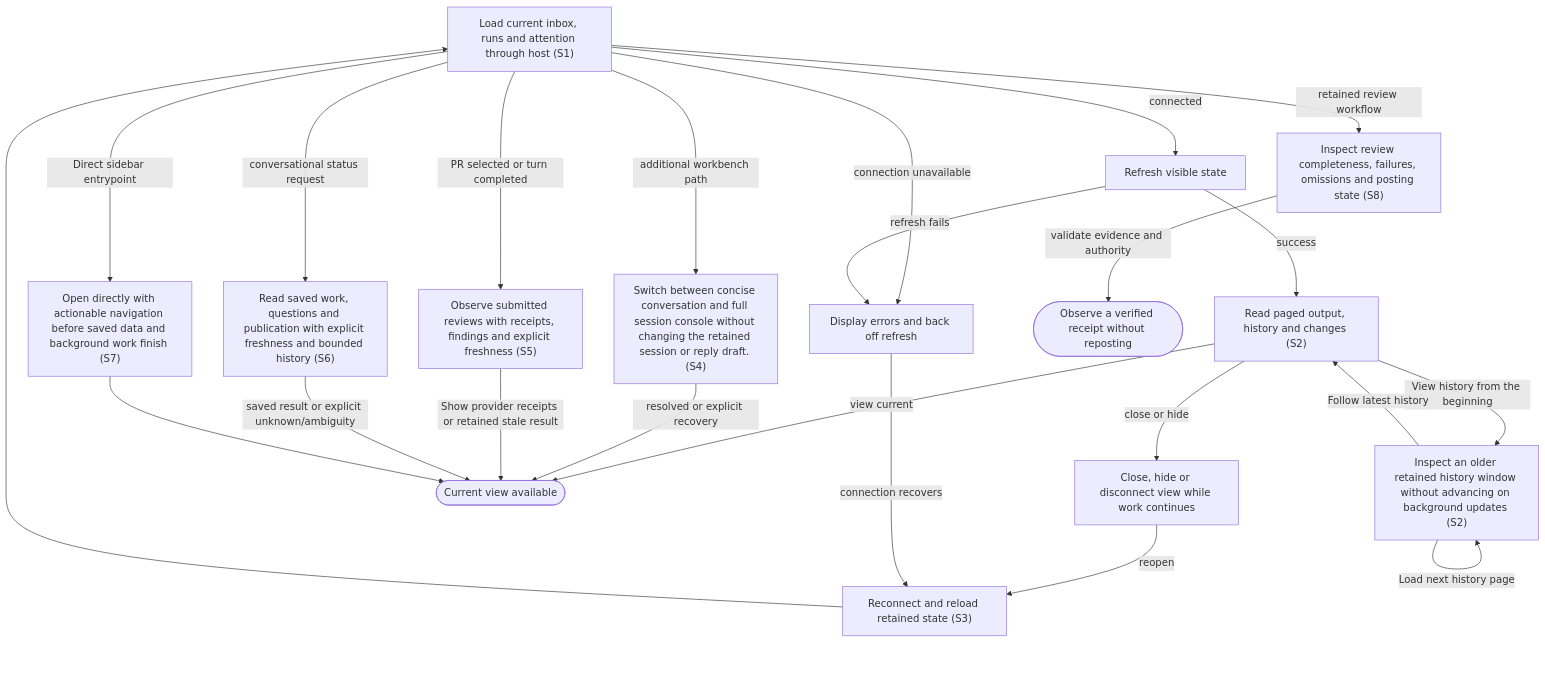
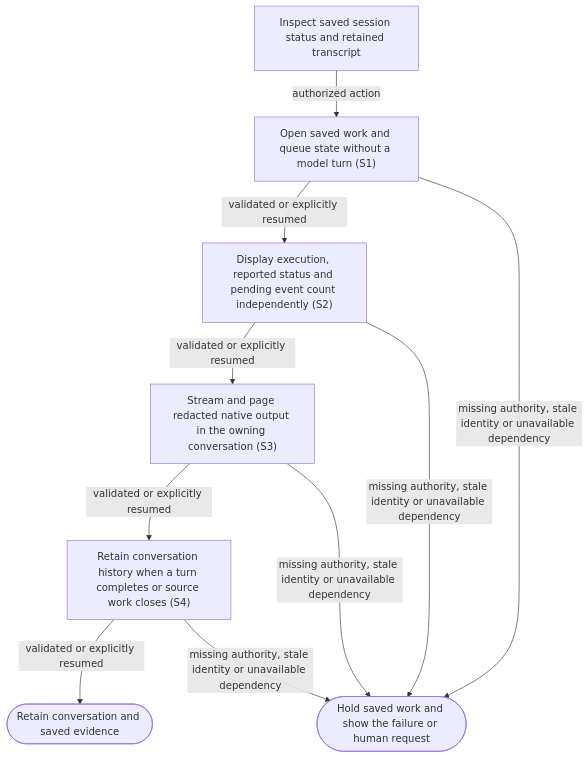
One commit to dk-code-factory/code-factory-plugin changed the diagram in docs/user-flows/view-live-work.md. Above: the diagram before and after it, drawn with Mermaid. The commit also changed other lines of this file and 283 other files, not shown here.

````diff
--- a/docs/user-flows/view-live-work.md
+++ b/docs/user-flows/view-live-work.md
@@ -56,39 +49,19 @@
 ```mermaid
 flowchart TD
-    N0["Load current inbox, runs and attention through host #40;S1#41;"]
-    N1["Refresh visible state"]
-    N2["Read paged output, history and changes #40;S2#41;"]
-    N3["Close, hide or disconnect view while work continues"]
-    N4["Display errors and back off refresh"]
-    N5["Reconnect and reload retained state #40;S3#41;"]
-    N6(["Current view available"])
-    N7["Switch between concise conversation and full session console without changing the retained session or reply draft. #40;S4#41;"]
-    N8["Observe submitted reviews with receipts, findings and explicit freshness #40;S5#41;"]
-    N9["Read saved work, questions and publication with explicit freshness and bounded history #40;S6#41;"]
-    N10["Open directly with actionable navigation before saved data and background work finish #40;S7#41;"]
-    N11["Inspect an older retained history window without advancing on background updates #40;S2#41;"]
-    N12["Inspect review completeness, failures, omissions and posting state #40;S8#41;"]
-    N13(["Observe a verified receipt without reposting"])
-    N0 -->|"connected"| N1
-    N0 -->|"connection unavailable"| N4
-    N1 -->|"success"| N2
-    N1 -->|"refresh fails"| N4
-    N2 -->|"close or hide"| N3
-    N3 -->|"reopen"| N5
-    N4 -->|"connection recovers"| N5
-    N5 --> N0
-    N2 -->|"view current"| N6
-    N0 -->|"additional workbench path"| N7
-    N7 -->|"resolved or explicit recovery"| N6
-    N0 -->|"PR selected or turn completed"| N8
-    N8 -->|"Show provider receipts or retained stale result"| N6
-    N0 -->|"conversational status request"| N9
-    N9 -->|"saved result or explicit unknown/ambiguity"| N6
-    N0 -->|"Direct sidebar entrypoint"| N10
-    N10 --> N6
-    N2 -->|"View history from the beginning"| N11
-    N11 -->|"Load next history page"| N11
-    N11 -->|"Follow latest history"| N2
-    N0 -->|"retained review workflow"| N12
-    N12 -->|"validate evidence and authority"| N13
+    N0["Inspect saved session status and retained transcript"]
+    N1["Open saved work and queue state without a model turn #40;S1#41;"]
+    N2["Display execution, reported status and pending event count independently #40;S2#41;"]
+    N3["Stream and page redacted native output in the owning conversation #40;S3#41;"]
+    N4["Retain conversation history when a turn completes or source work closes #40;S4#41;"]
+    N5(["Hold saved work and show the failure or human request"])
+    N6(["Retain conversation and saved evidence"])
+    N0 -->|"authorized action"| N1
+    N1 -->|"validated or explicitly resumed"| N2
+    N1 -->|"missing authority, stale identity or unavailable dependency"| N5
+    N2 -->|"validated or explicitly resumed"| N3
+    N2 -->|"missing authority, stale identity or unavailable dependency"| N5
+    N3 -->|"validated or explicitly resumed"| N4
+    N3 -->|"missing authority, stale identity or unavailable dependency"| N5
+    N4 -->|"validated or explicitly resumed"| N6
+    N4 -->|"missing authority, stale identity or unavailable dependency"| N5
 ```
````
